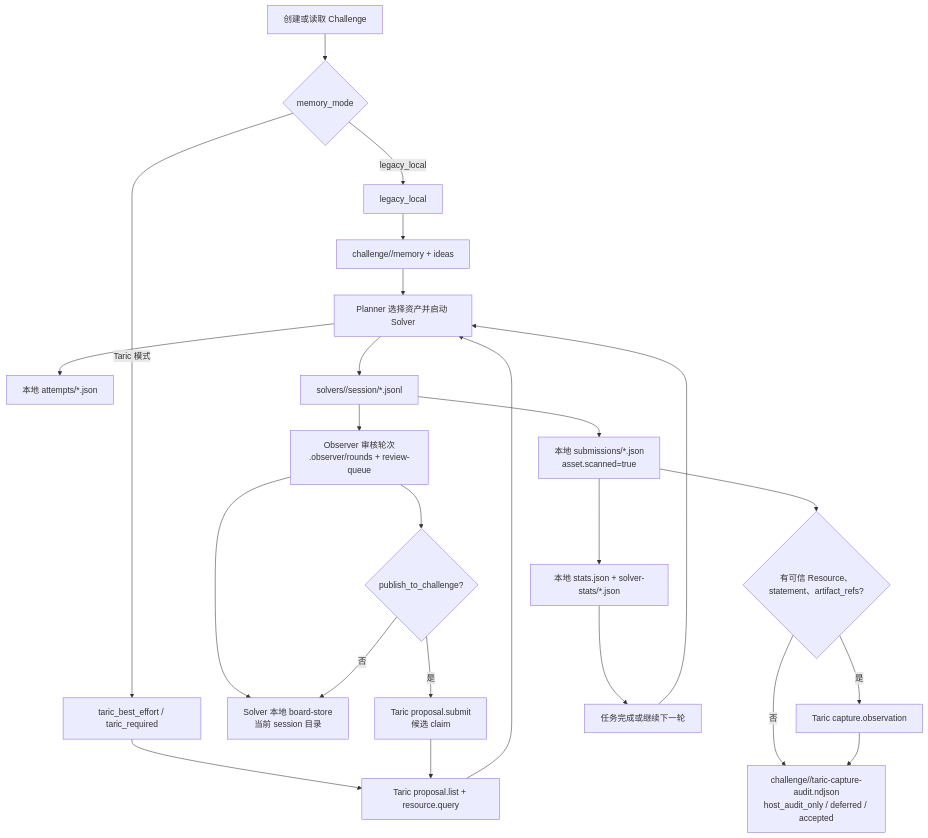
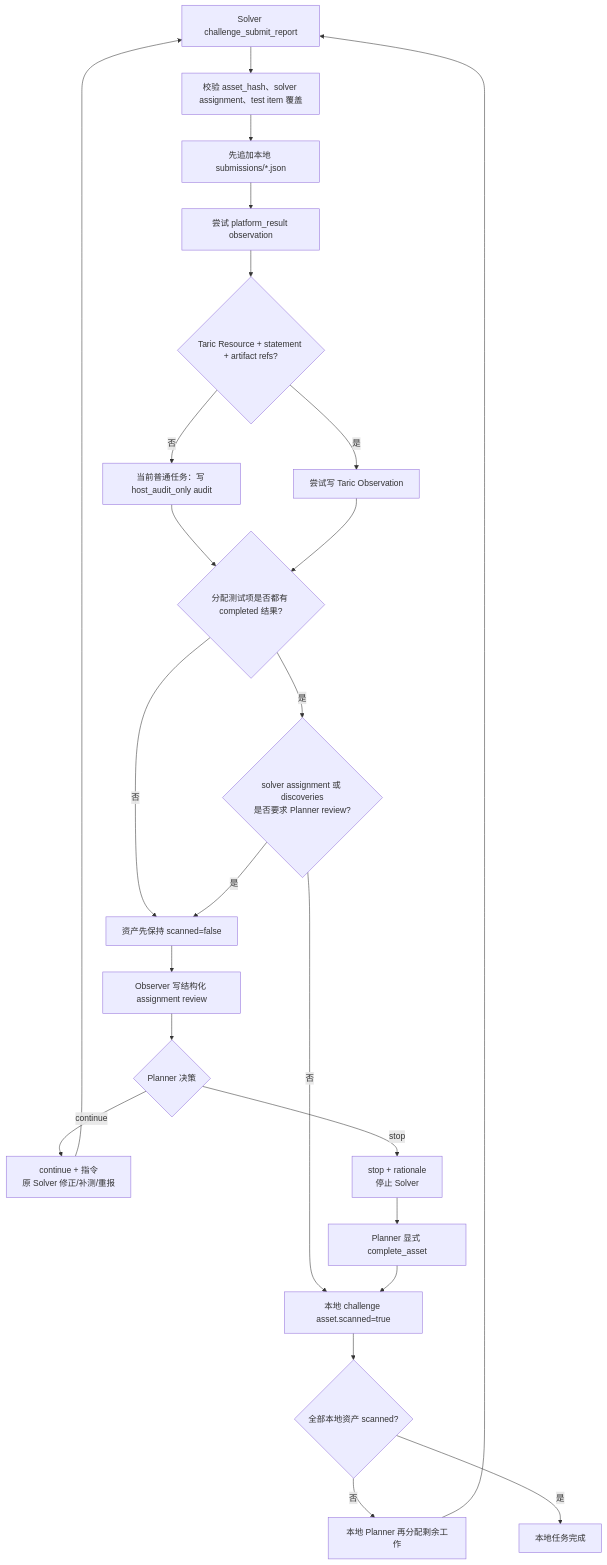
The sixth of 8 diagrams in docs/breachweave-taric-execution-dataflow.md (m-sec-org/BreachWeave), drawn with Mermaid before and after one commit. The commit also changed other lines of this file and 26 other files, not shown here.

````diff
--- a/docs/breachweave-taric-execution-dataflow.md
+++ b/docs/breachweave-taric-execution-dataflow.md
@@ -110,44 +268,38 @@
 ```mermaid
 flowchart TD
-    Start[创建或读取 Challenge]
-    Mode{memory_mode}
-    Legacy[legacy_local]
-    Taric[taric_best_effort / taric_required]
-    LocalBoard[challenge/<id>/memory + ideas]
-    TaricBoard[Taric proposal.list + resource.query]
-    Launch[Planner 选择资产并启动 Solver]
-    Attempt[本地 attempts/*.json]
-    Session[solvers/<solverId>/session/*.jsonl]
-    Review[Observer 审核轮次\n.observer/rounds + review-queue]
-    Publish{publish_to_challenge?}
-    SolverBoard[Solver 本地 board-store\n当前 session 目录]
-    Proposal[Taric proposal.submit\n候选 claim]
-    Report[本地 submissions/*.json\nasset.scanned=true]
-    Capture{有可信 Resource、statement、artifact_refs?}
-    CaptureTaric[Taric capture.observation]
-    Audit[challenge/<id>/taric-capture-audit.ndjson\nhost_audit_only / deferred / accepted]
-    Stats[本地 stats.json + solver-stats/*.json]
-    Done[任务完成或继续下一轮]
+    Submit[Solver challenge_submit_report]
+    Validate[校验 asset_hash、solver assignment、test item 覆盖]
+    LocalReport[先追加本地 submissions/*.json]
+    Capture[尝试 platform_result observation]
+    HasResource{Taric Resource + statement + artifact refs?}
+    CaptureAudit[当前普通任务：写 host_audit_only audit]
+    AllTests{分配测试项是否都有 completed 结果?}
+    ReviewGate{solver assignment 或 discoveries\n是否要求 Planner review?}
+    NeedsReview[资产先保持 scanned=false]
+    Observer[Observer 写结构化 assignment review]
+    Planner{Planner 决策}
+    Continue[continue + 指令\n原 Solver 修正/补测/重报]
+    Stop[stop + rationale\n停止 Solver]
+    CompleteAsset[Planner 显式 complete_asset]
+    Scanned[本地 challenge asset.scanned=true]
+    AllAssets{全部本地资产 scanned?}
+    Done[本地任务完成]
+    Next[本地 Planner 再分配剩余工作]
 
-    Start --> Mode
-    Mode -->|legacy_local| Legacy --> LocalBoard
-    Mode -->|Taric 模式| Taric --> TaricBoard
-    LocalBoard --> Launch
-    TaricBoard --> Launch
-    Launch --> Attempt
-    Launch --> Session
-    Session --> Review
-    Review --> SolverBoard
-    Review --> Publish
-    Publish -->|否| SolverBoard
-    Publish -->|是| Proposal
-    Proposal --> TaricBoard
-    Session --> Report
-    Report --> Capture
-    Capture -->|是| CaptureTaric
-    Capture -->|否| Audit
-    CaptureTaric --> Audit
-    Report --> Stats
-    Stats --> Done
-    Done --> Launch
+    Submit --> Validate --> LocalReport
+    LocalReport --> Capture --> HasResource
+    HasResource -->|否| CaptureAudit
+    HasResource -->|是| TaricObservation[尝试写 Taric Observation]
+    CaptureAudit --> AllTests
+    TaricObservation --> AllTests
+    AllTests -->|否| NeedsReview
+    AllTests -->|是| ReviewGate
+    ReviewGate -->|是| NeedsReview --> Observer --> Planner
+    ReviewGate -->|否| Scanned
+    Planner -->|continue| Continue --> Submit
+    Planner -->|stop| Stop --> CompleteAsset --> Scanned
+    Scanned --> AllAssets
+    AllAssets -->|否| Next
+    AllAssets -->|是| Done
+    Next --> Submit
 ```
````
